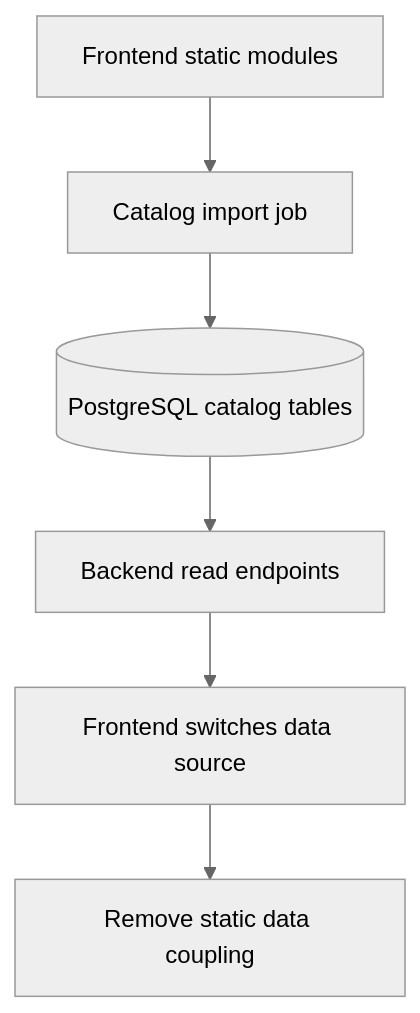
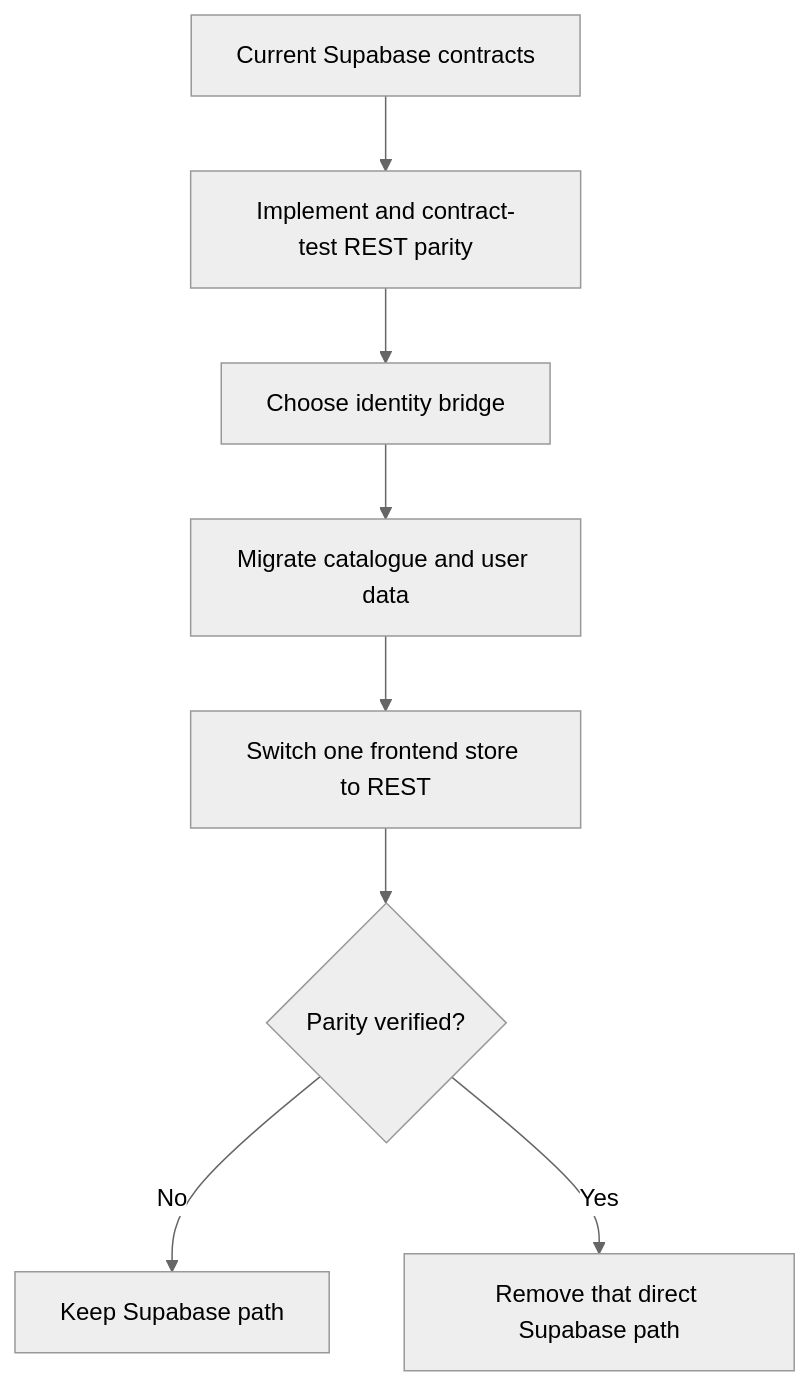
The third of 3 diagrams in docs/architecture/FLOWCHART.md (BitStunner/TopRopes-Backend), drawn with Mermaid before and after one commit. The commit also changed other lines of this file and 4 other files, not shown here.

````diff
--- a/docs/architecture/FLOWCHART.md
+++ b/docs/architecture/FLOWCHART.md
@@ -35,9 +33,11 @@
 ```mermaid
 %%{init: {'theme': 'neutral'}}%%
 flowchart TD
-  A[Frontend static modules] --> B[Catalog import job]
-  B --> C[(PostgreSQL catalog tables)]
-  C --> D[Backend read endpoints]
-  D --> E[Frontend switches data source]
-  E --> F[Remove static data coupling]
+  A[Current Supabase contracts] --> B[Implement and contract-test REST parity]
+  B --> C[Choose identity bridge]
+  C --> D[Migrate catalogue and user data]
+  D --> E[Switch one frontend store to REST]
+  E --> F{Parity verified?}
+  F -- No --> G[Keep Supabase path]
+  F -- Yes --> H[Remove that direct Supabase path]
 ```
````
